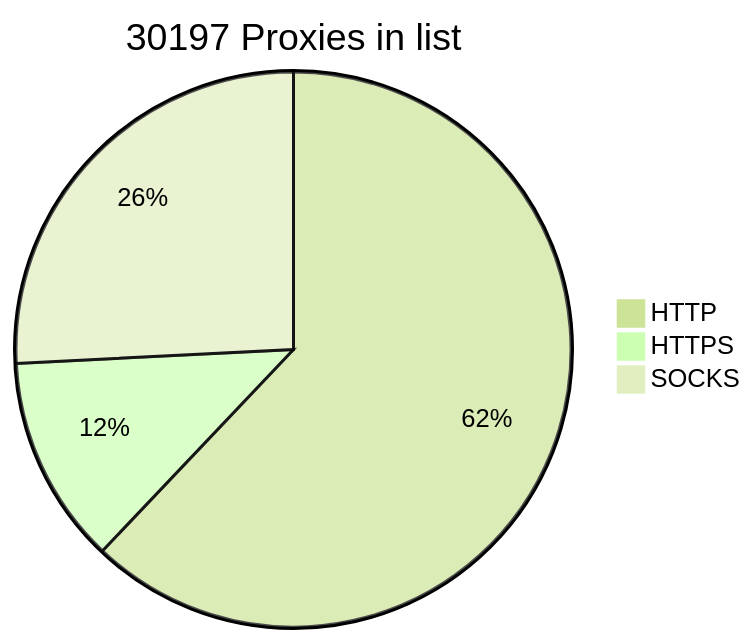
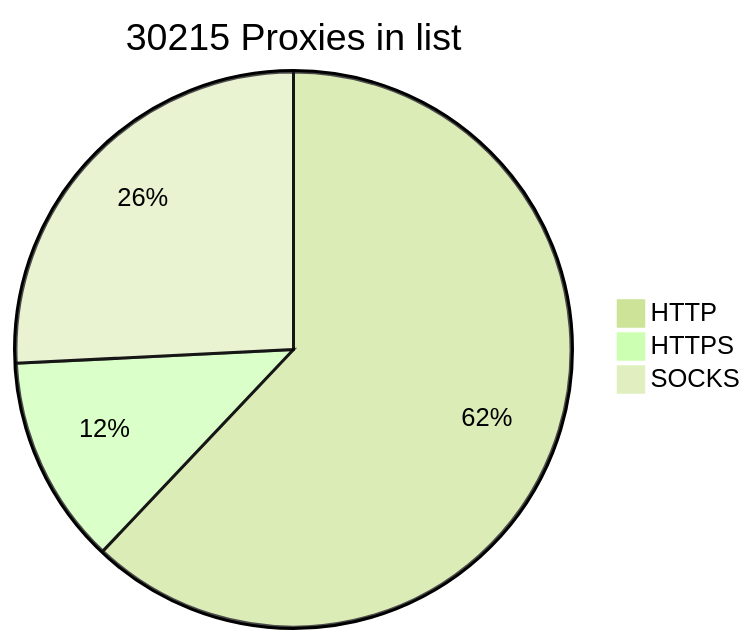
Before and after one commit to BlackSnowDot/proxylist-update-every-minute: the diagram in README.md, drawn with Mermaid (forest theme).

````diff
--- a/README.md
+++ b/README.md
@@ -2,6 +2,6 @@
 ```mermaid
-pie title 30197 Proxies in list
-    "HTTP" : 20599
-    "HTTPS": 4020
-    "SOCKS" : 8562
+pie title 30215 Proxies in list
+    "HTTP" : 20604
+    "HTTPS": 4035
+    "SOCKS" : 8563
 ```
````
